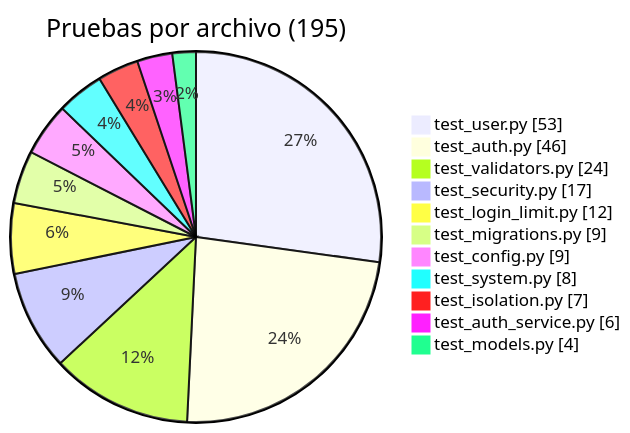
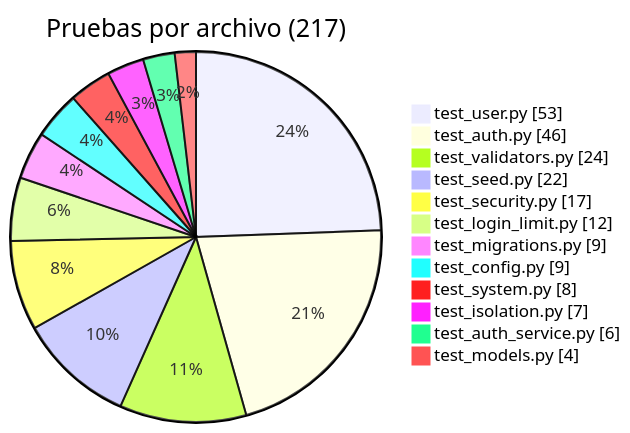
Before and after one commit to AGA-Studio/Member-Web: the first of 8 diagrams in docs/TESTING.md, drawn with Mermaid. The commit also changed other lines of this file, not shown here.

Commit message:
docs: documentar pruebas del seed

````diff
--- a/docs/TESTING.md
+++ b/docs/TESTING.md
@@ -36,15 +36,16 @@
 ```mermaid
 pie showData
-    title Pruebas por archivo (195)
+    title Pruebas por archivo (217)
     "test_user.py" : 53
     "test_auth.py" : 46
     "test_validators.py" : 24
+    "test_seed.py" : 22
     "test_security.py" : 17
     "test_login_limit.py" : 12
     "test_migrations.py" : 9
     "test_config.py" : 9
     "test_system.py" : 8
     "test_isolation.py" : 7
     "test_auth_service.py" : 6
     "test_models.py" : 4
 ```
````
